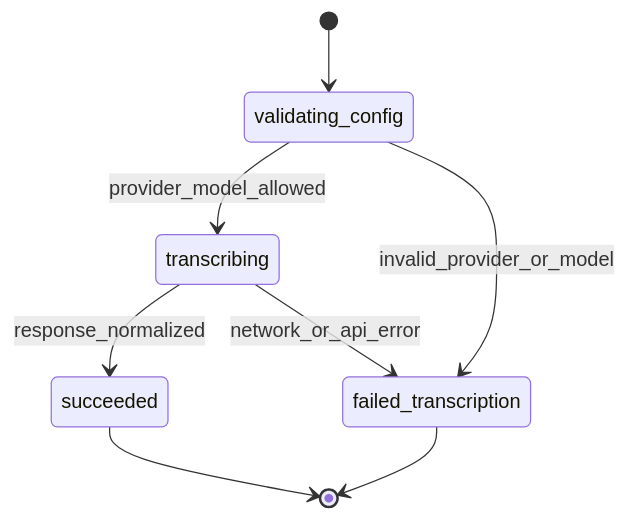
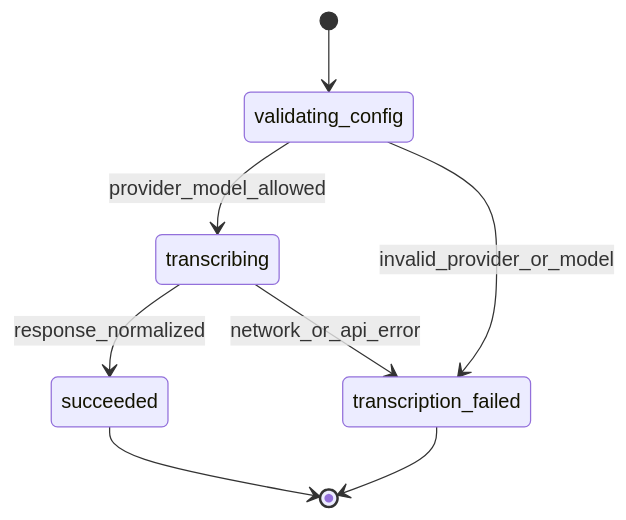
Before and after one commit to massun-onibakuchi/speech-to-text-app: the third of 5 diagrams in specs/ARCTECTURE.md, drawn with Mermaid. The commit also changed other lines of this file, not shown here.

````diff
--- a/specs/ARCTECTURE.md
+++ b/specs/ARCTECTURE.md
@@ -245,10 +253,10 @@
 ```mermaid
 stateDiagram-v2
     [*] --> validating_config
     validating_config --> transcribing: provider_model_allowed
-    validating_config --> failed_transcription: invalid_provider_or_model
+    validating_config --> transcription_failed: invalid_provider_or_model
     transcribing --> succeeded: response_normalized
-    transcribing --> failed_transcription: network_or_api_error
+    transcribing --> transcription_failed: network_or_api_error
     succeeded --> [*]
-    failed_transcription --> [*]
+    transcription_failed --> [*]
 ```
````
